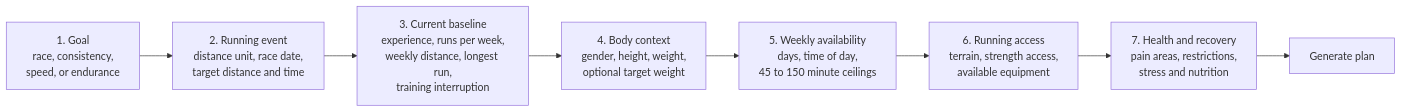
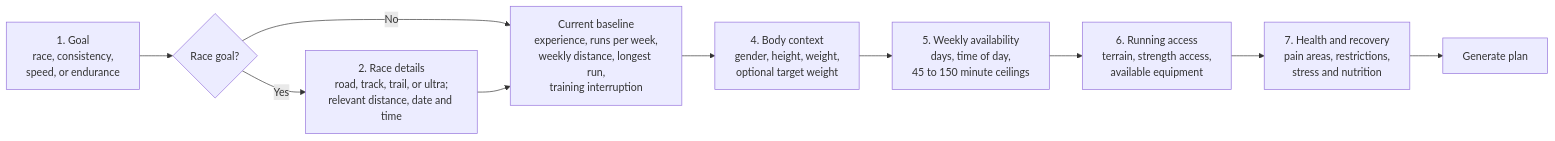
One commit to vamshikrishnabrungi/Fitness-App changed the first of 7 diagrams in docs/training-generation-architecture.md. Above: the diagram before and after it, drawn with Mermaid. The commit also changed 3 other files, not shown here.

Commit message:
Simplify race target onboarding

````diff
--- a/docs/training-generation-architecture.md
+++ b/docs/training-generation-architecture.md
@@ -13,10 +13,12 @@
 ```mermaid
 flowchart LR
-    A[1. Goal<br/>race, consistency,<br/>speed, or endurance] --> B[2. Running event<br/>distance unit, race date,<br/>target distance and time]
-    B --> C[3. Current baseline<br/>experience, runs per week,<br/>weekly distance, longest run,<br/>training interruption]
+    A[1. Goal<br/>race, consistency,<br/>speed, or endurance] --> R{Race goal?}
+    R -->|Yes| B[2. Race details<br/>road, track, trail, or ultra;<br/>relevant distance, date and time]
+    R -->|No| C
+    B --> C[Current baseline<br/>experience, runs per week,<br/>weekly distance, longest run,<br/>training interruption]
     C --> D[4. Body context<br/>gender, height, weight,<br/>optional target weight]
     D --> E[5. Weekly availability<br/>days, time of day,<br/>45 to 150 minute ceilings]
     E --> F[6. Running access<br/>terrain, strength access,<br/>available equipment]
     F --> G[7. Health and recovery<br/>pain areas, restrictions,<br/>stress and nutrition]
     G --> H[Generate plan]
 ```
````
